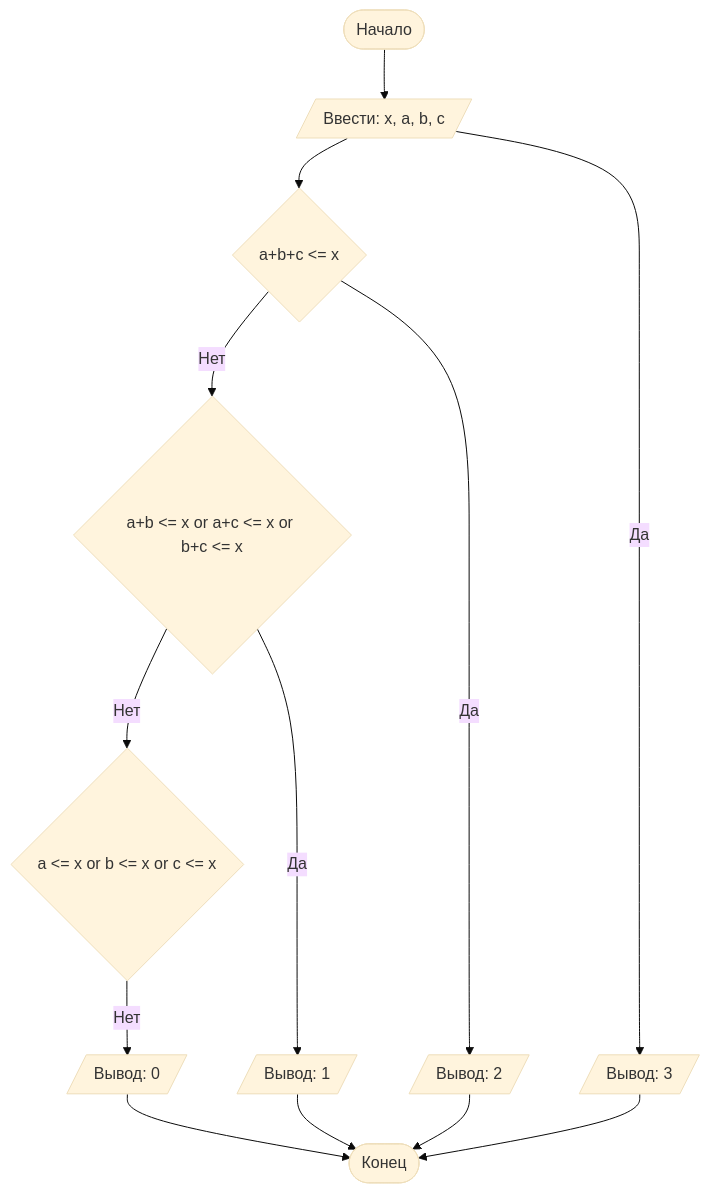
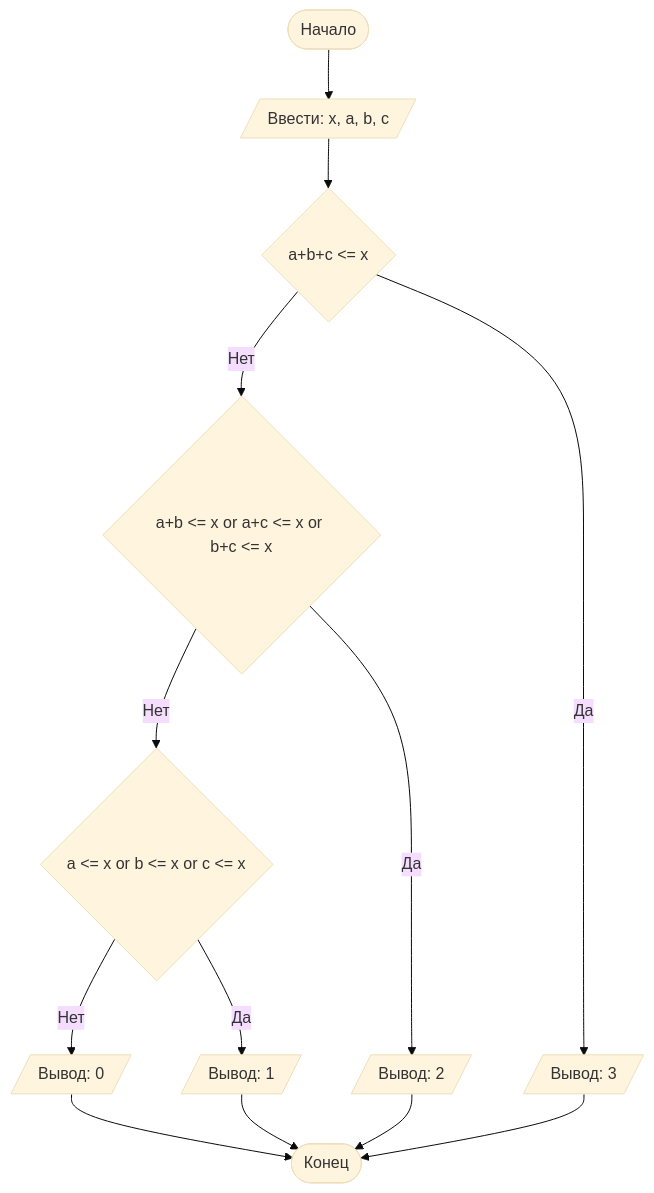
Before and after one commit to JuST-EiGHT/Lab-1: the diagram in README.md, drawn with Mermaid (base theme).

````diff
--- a/README.md
+++ b/README.md
@@ -73,16 +73,16 @@
 ```mermaid
 graph TD
     A([Начало]) --> B[/Ввести: x, a, b, c/]
     B --> C{a+b+c <= x}
     C -- Нет --> D{a+b <= x or a+c <= x or b+c <= x}
     D -- Нет --> E{a <= x or b <= x or c <= x}
     E -- Нет --> W[/Вывод: 0/]
-    D -- Да --> H[/Вывод: 1/]
-    C -- Да --> I[/Вывод: 2/]
-    B -- Да --> T[/Вывод: 3/]
+    E -- Да --> H[/Вывод: 1/]
+    C -- Да --> I[/Вывод: 3/]
+    D -- Да --> T[/Вывод: 2/]
     T --> Z
     W --> Z
     I --> Z
     H --> Z([Конец])
 
 ```
````
